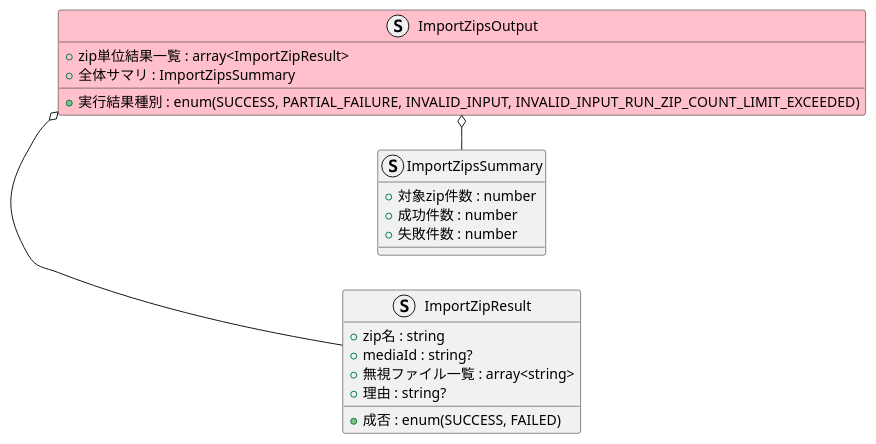
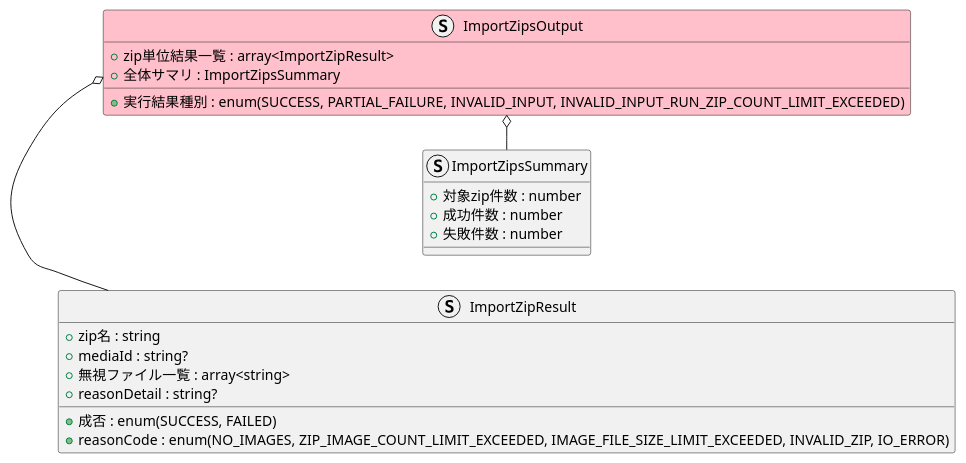
One commit to hachimitu22/MangaViewer changed the second of 2 diagrams in doc/4_application/media/command/ImportZipsService/readme.md. Above: the diagram before and after it, drawn with PlantUML. The commit also changed other lines of this file and 2 other files, not shown here.

````diff
--- a/doc/4_application/media/command/ImportZipsService/readme.md
+++ b/doc/4_application/media/command/ImportZipsService/readme.md
@@ -41,26 +41,27 @@
 ```plantuml
 left to right direction
 
 struct ImportZipResult {
     + zip名 : string
     + 成否 : enum(SUCCESS, FAILED)
     + mediaId : string?
     + 無視ファイル一覧 : array<string>
-    + 理由 : string?
+    + reasonCode : enum(NO_IMAGES, ZIP_IMAGE_COUNT_LIMIT_EXCEEDED, IMAGE_FILE_SIZE_LIMIT_EXCEEDED, INVALID_ZIP, IO_ERROR)
+    + reasonDetail : string?
 }
 
 struct ImportZipsSummary {
     + 対象zip件数 : number
     + 成功件数 : number
     + 失敗件数 : number
 }
 
 struct ImportZipsOutput #pink {
     + zip単位結果一覧 : array<ImportZipResult>
     + 全体サマリ : ImportZipsSummary
     + 実行結果種別 : enum(SUCCESS, PARTIAL_FAILURE, INVALID_INPUT, INVALID_INPUT_RUN_ZIP_COUNT_LIMIT_EXCEEDED)
 }
 
 ImportZipsOutput o- ImportZipResult
 ImportZipsOutput o- ImportZipsSummary
 ```
````
